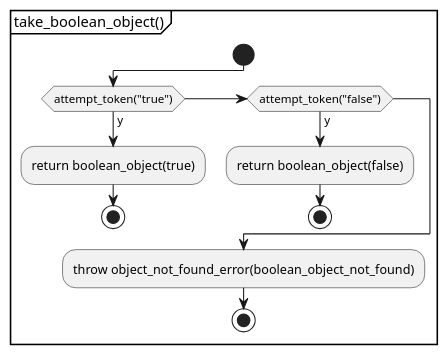
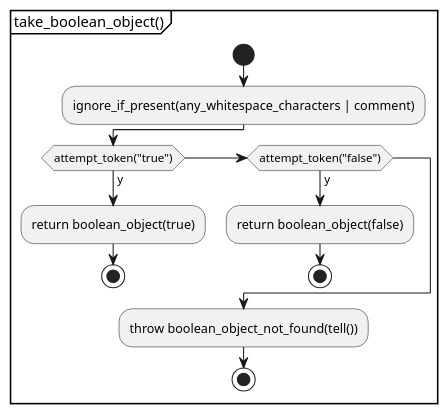
Before and after one commit to KodaiYM/PDFReader: the second of 15 diagrams in document/document_reader/ipdfstream/object_stream/object_stream.activity.pu, drawn with PlantUML. The commit also changed other lines of this file and 23 other files, not shown here.

```diff
--- a/document/document_reader/ipdfstream/object_stream/object_stream.activity.pu
+++ b/document/document_reader/ipdfstream/object_stream/object_stream.activity.pu
@@ -85,15 +87,17 @@
 @startuml take_boolean_object
 partition "take_boolean_object()" {
 start
+	:ignore_if_present(any_whitespace_characters | comment);
+
 	if (attempt_token("true")) then (y)
 		:return boolean_object(true);
 		stop
 	elseif (attempt_token("false")) then (y)
 		:return boolean_object(false);
 		stop
 	endif
 
-	:throw object_not_found_error(boolean_object_not_found);
+	:throw boolean_object_not_found(tell());
 stop
 }
 @enduml
```
